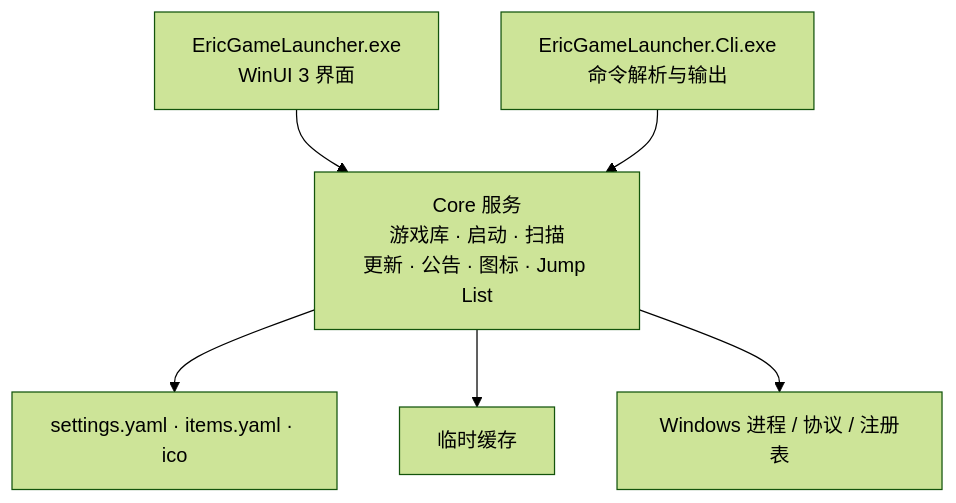
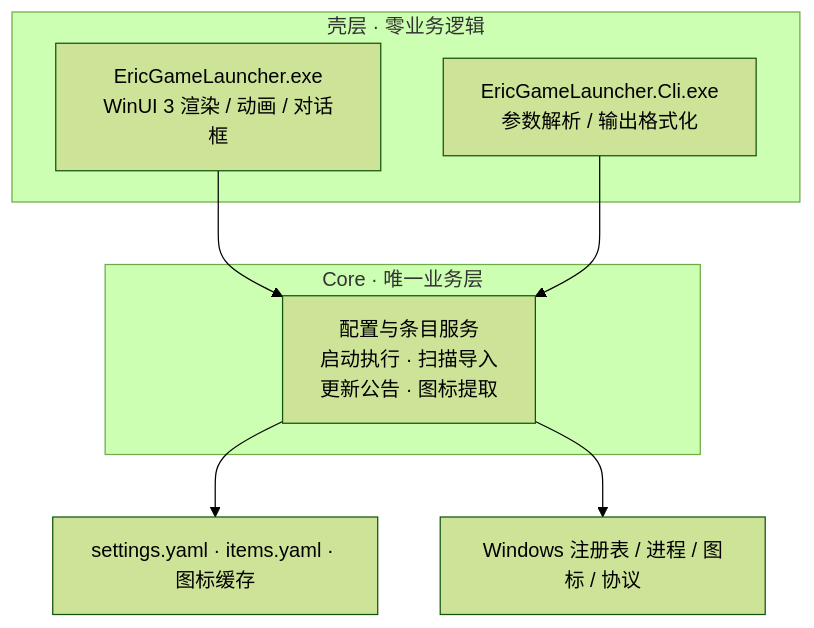
One commit to EricZhang233/EricGameLauncher changed the diagram in readme.md. Above: the diagram before and after it, drawn with Mermaid (forest theme). The commit also changed other lines of this file and 4 other files, not shown here.

````diff
--- a/readme.md
+++ b/readme.md
@@ -198,11 +199,14 @@
 ```mermaid
 flowchart TB
-    GUI["EricGameLauncher.exe<br/>WinUI 3 界面"]
-    CLI["EricGameLauncher.Cli.exe<br/>命令解析与输出"]
-    CORE["Core 服务<br/>游戏库 · 启动 · 扫描<br/>更新 · 公告 · 图标 · Jump List"]
-    GUI --> CORE
-    CLI --> CORE
-    CORE --> DATA["settings.yaml · items.yaml · ico"]
-    CORE --> CACHE["临时缓存"]
-    CORE --> OS["Windows 进程 / 协议 / 注册表"]
+    subgraph Shell["壳层 · 零业务逻辑"]
+        GUI["EricGameLauncher.exe<br/>WinUI 3 渲染 / 动画 / 对话框"]
+        CLI["EricGameLauncher.Cli.exe<br/>参数解析 / 输出格式化"]
+    end
+    subgraph Core["Core · 唯一业务层"]
+        SVC["配置与条目服务<br/>启动执行 · 扫描导入<br/>更新公告 · 图标提取"]
+    end
+    GUI --> SVC
+    CLI --> SVC
+    SVC --> DATA["settings.yaml · items.yaml · 图标缓存"]
+    SVC --> OS["Windows 注册表 / 进程 / 图标 / 协议"]
 ```
````
